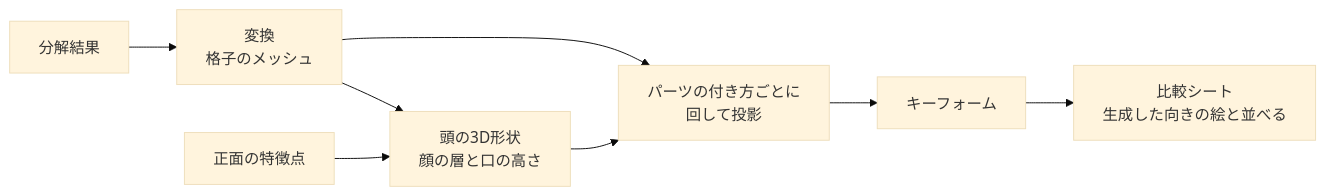
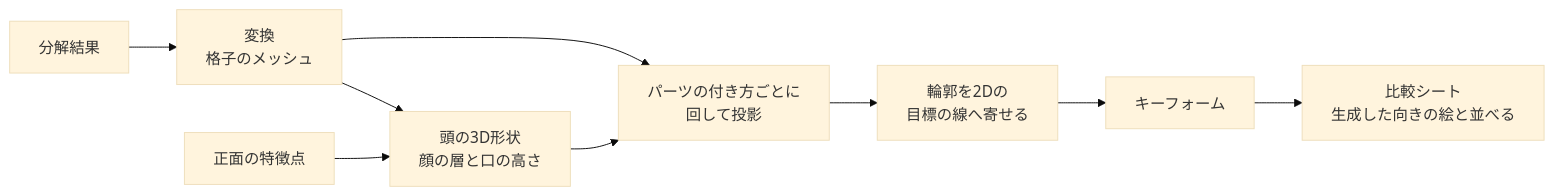
The diagram in docs/spec/head-rotation.md (kawawa1989/ugokue), drawn with Mermaid (base theme) before and after one commit. The commit also changed other lines of this file and 4 other files, not shown here.

````diff
--- a/docs/spec/head-rotation.md
+++ b/docs/spec/head-rotation.md
@@ -9,10 +9,11 @@
 ```mermaid
 flowchart LR
     result[分解結果] --> convert[変換<br/>格子のメッシュ]
     convert --> fit[頭の3D形状<br/>顔の層と口の高さ]
     landmarks[正面の特徴点] --> fit
     fit --> turn[パーツの付き方ごとに<br/>回して投影]
     convert --> turn
-    turn --> keyforms[キーフォーム]
+    turn --> outline[輪郭を2Dの<br/>目標の線へ寄せる]
+    outline --> keyforms[キーフォーム]
     keyforms --> sheet[比較シート<br/>生成した向きの絵と並べる]
 ```
````
